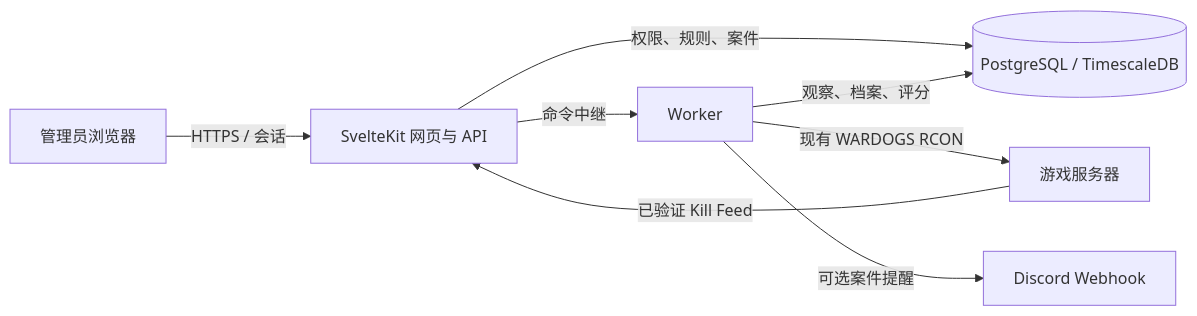
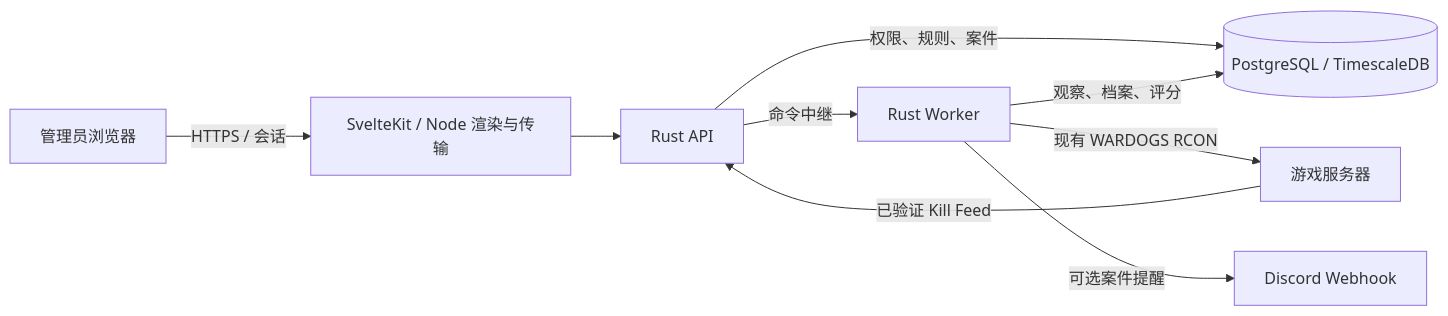
Before and after one commit to 1508425541zhang/Warcon-China-rabot-wardogs: the diagram in docs/architecture.zh-CN.md, drawn with Mermaid. The commit also changed other lines of this file and 232 other files, not shown here.

````diff
--- a/docs/architecture.zh-CN.md
+++ b/docs/architecture.zh-CN.md
@@ -13,10 +13,11 @@
 ```mermaid
 flowchart LR
-    A[管理员浏览器] -->|HTTPS / 会话| B[SvelteKit 网页与 API]
+    A[管理员浏览器] -->|HTTPS / 会话| UI[SvelteKit / Node 渲染与传输]
+    UI --> B[Rust API]
     B -->|权限、规则、案件| D[(PostgreSQL / TimescaleDB)]
-    B -->|命令中继| C[Worker]
+    B -->|命令中继| C[Rust Worker]
     C -->|现有 WARDOGS RCON| G[游戏服务器]
     G -->|已验证 Kill Feed| B
     C -->|观察、档案、评分| D
     C -->|可选案件提醒| H[Discord Webhook]
 ```
````
